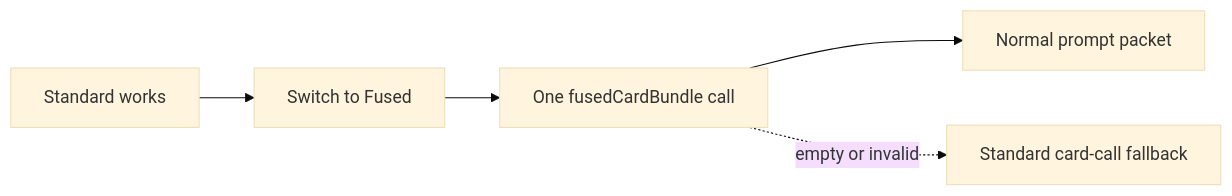
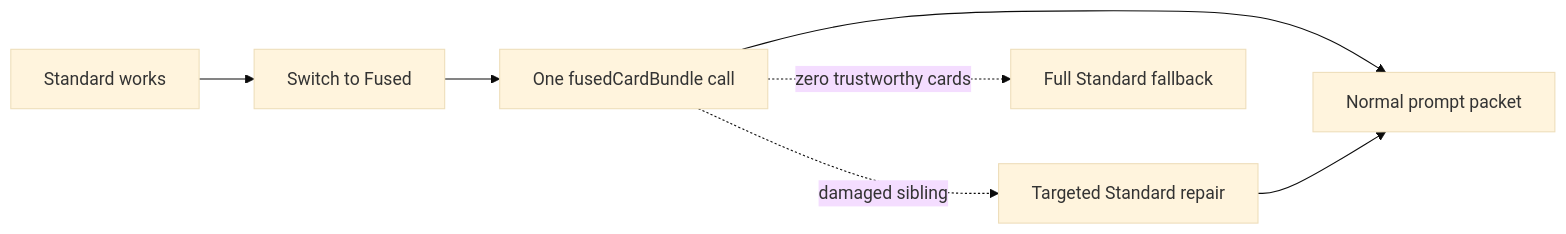
One commit to MentallyQuill/Recursion changed the second of 2 diagrams in docs/user/FIRST_RUN_WORKFLOW.md. Above: the diagram before and after it, drawn with Mermaid (base theme). The commit also changed other lines of this file and 14 other files, not shown here.

````diff
--- a/docs/user/FIRST_RUN_WORKFLOW.md
+++ b/docs/user/FIRST_RUN_WORKFLOW.md
@@ -99,7 +99,9 @@
 ```mermaid
 flowchart LR
     Standard["Standard works"] --> Fused["Switch to Fused"]
     Fused --> Bundle["One fusedCardBundle call"]
     Bundle --> Packet["Normal prompt packet"]
-    Bundle -. "empty or invalid" .-> Fallback["Standard card-call fallback"]
+    Bundle -. "damaged sibling" .-> Repair["Targeted Standard repair"]
+    Repair --> Packet
+    Bundle -. "zero trustworthy cards" .-> Fallback["Full Standard fallback"]
 ```
````
